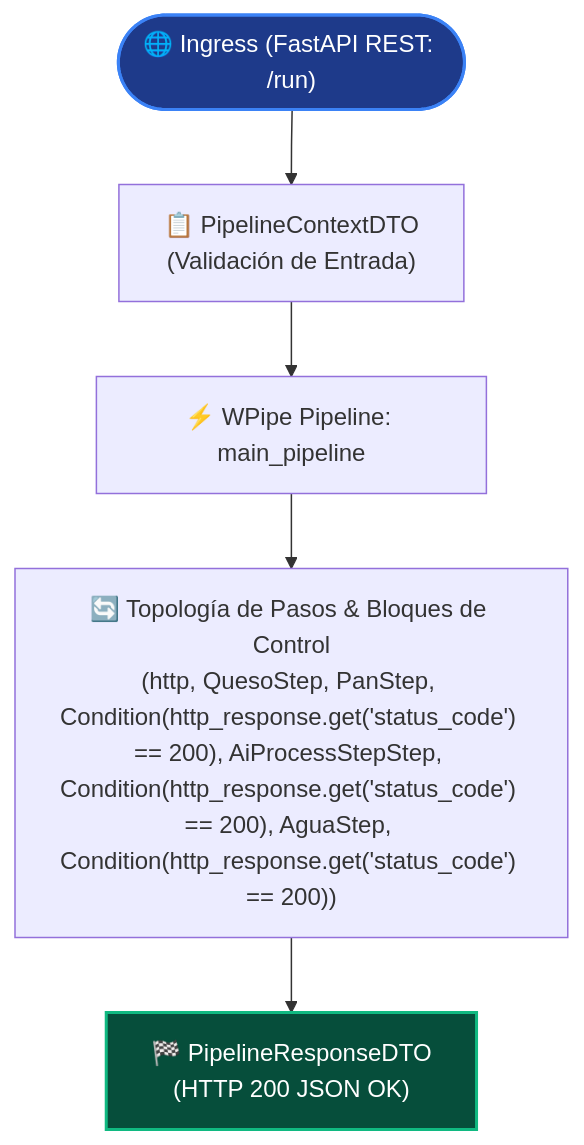
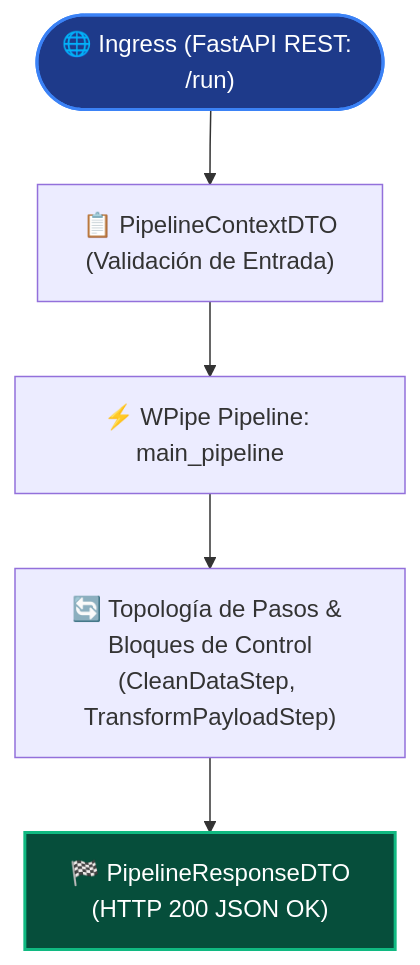
The diagram in enviroment/code-server/app/README.md (wisrovi/wpipe-n8n), drawn with Mermaid before and after one commit. The commit also changed other lines of this file, not shown here.

Commit message:
[DOCS] Update pipeline readme for empty steps state

````diff
--- a/enviroment/code-server/app/README.md
+++ b/enviroment/code-server/app/README.md
@@ -45,10 +45,10 @@
 ```mermaid
 flowchart TD
     START(["🌐 Ingress (FastAPI REST: /run)"]):::startClass --> DTO["📋 PipelineContextDTO<br/>(Validación de Entrada)"]
     DTO --> PIPE["⚡ WPipe Pipeline: main_pipeline"]
-    PIPE --> STEPS["🔄 Topología de Pasos & Bloques de Control<br/>(http, QuesoStep, PanStep, Condition(http_response.get('status_code') == 200), AiProcessStepStep, Condition(http_response.get('status_code') == 200), AguaStep, Condition(http_response.get('status_code') == 200))"]
+    PIPE --> STEPS["🔄 Topología de Pasos & Bloques de Control<br/>(CleanDataStep, TransformPayloadStep)"]
     STEPS --> RES["🏁 PipelineResponseDTO<br/>(HTTP 200 JSON OK)"]:::endClass
 
     classDef startClass fill:#1e3a8a,stroke:#3b82f6,stroke-width:2px,color:#ffffff;
     classDef endClass fill:#064e3b,stroke:#10b981,stroke-width:2px,color:#ffffff;
 ```
````
